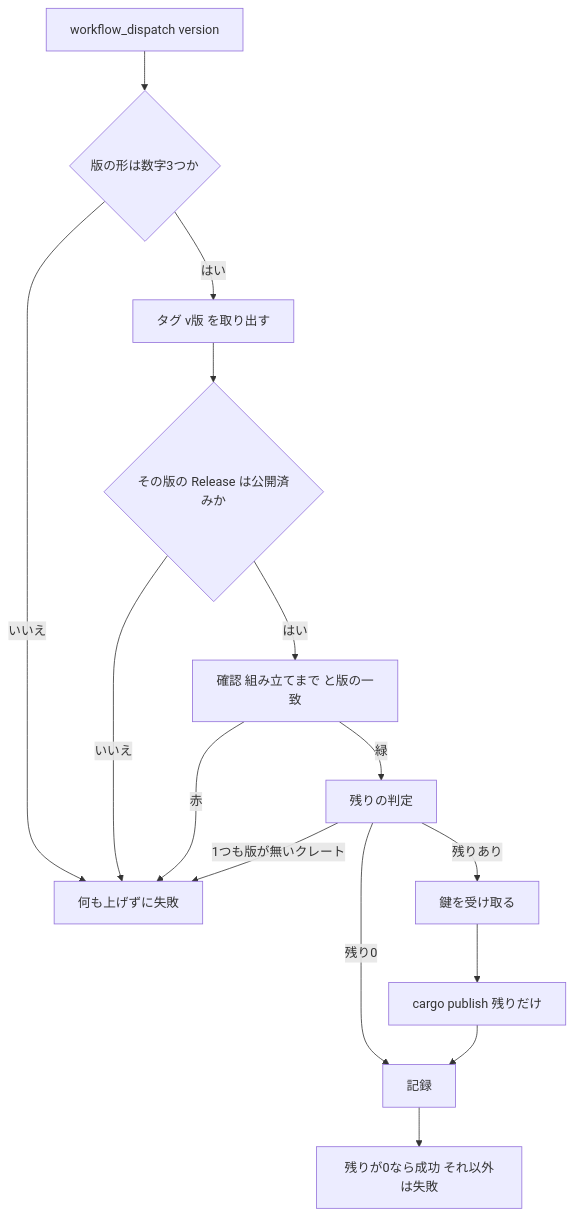
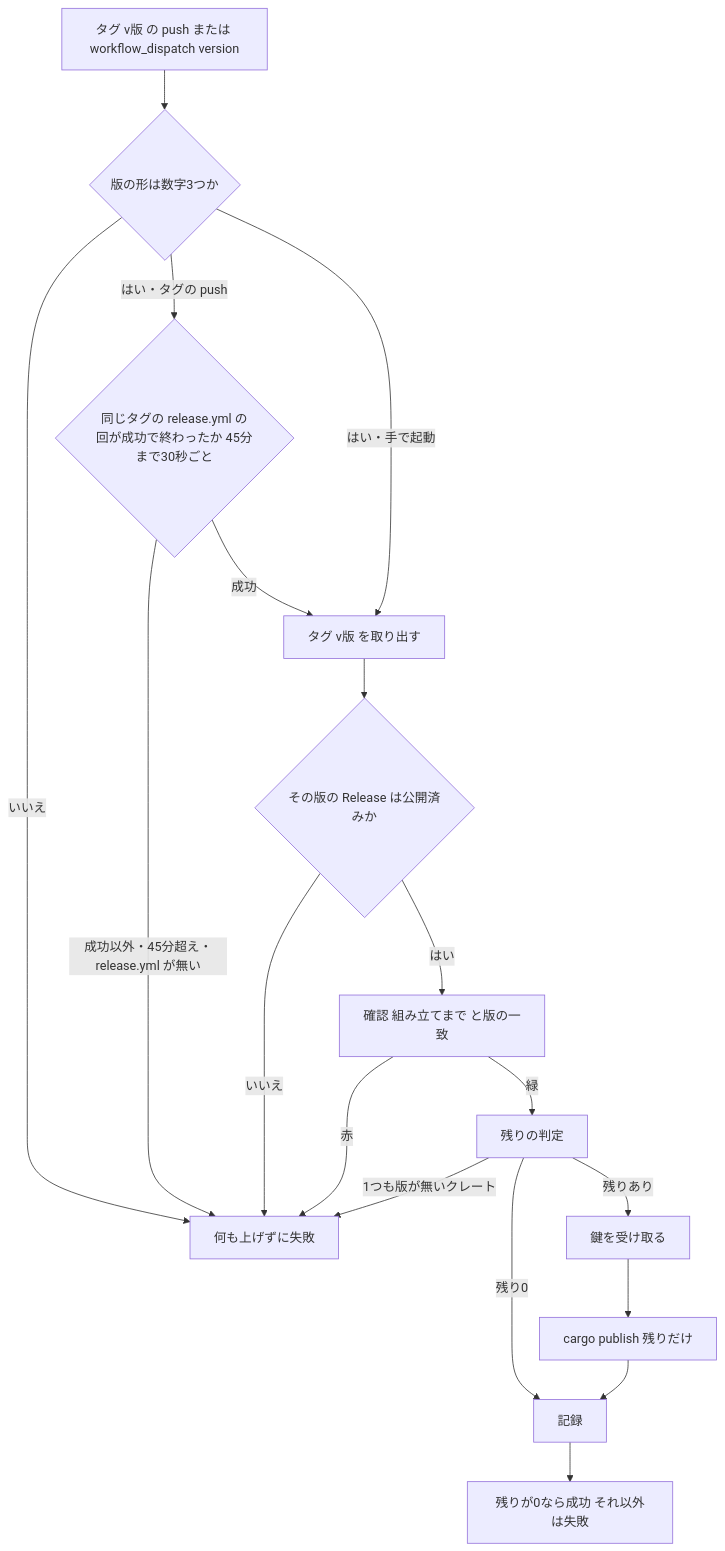
Before and after one commit to ekicyou/areka: the second of 2 diagrams in .kiro/specs/completed/areka-P0-crates-io-publish/design.md, drawn with Mermaid. The commit also changed other lines of this file and 11 other files, not shown here.

First line of the commit message:
feat(areka-P0-crates-io-publish): 公開の段がタグの push を自分で受け、release の走りの成功を待ってから出す（案 B）

````diff
--- a/.kiro/specs/completed/areka-P0-crates-io-publish/design.md
+++ b/.kiro/specs/completed/areka-P0-crates-io-publish/design.md
@@ -214,17 +219,20 @@
 ```mermaid
 flowchart TD
-    Start[workflow_dispatch version] --> Shape{版の形は数字3つか}
+    Start[タグ v版 の push または workflow_dispatch version] --> Shape{版の形は数字3つか}
     Shape -->|いいえ| Stop[何も上げずに失敗]
-    Shape -->|はい| Checkout[タグ v版 を取り出す]
+    Shape -->|はい・タグの push| Wait{同じタグの release.yml の回が成功で終わったか 45分まで30秒ごと}
+    Shape -->|はい・手で起動| Checkout[タグ v版 を取り出す]
+    Wait -->|成功以外・45分超え・release.yml が無い| Stop
+    Wait -->|成功| Checkout
     Checkout --> Rel{その版の Release は公開済みか}
     Rel -->|いいえ| Stop
     Rel -->|はい| Check[確認 組み立てまで と版の一致]
     Check -->|赤| Stop
     Check -->|緑| Pending[残りの判定]
     Pending -->|1つも版が無いクレート| Stop
     Pending -->|残り0| Record[記録]
     Pending -->|残りあり| Token[鍵を受け取る]
     Token --> Publish[cargo publish 残りだけ]
     Publish --> Record
     Record --> End[残りが0なら成功 それ以外は失敗]
 ```
````
